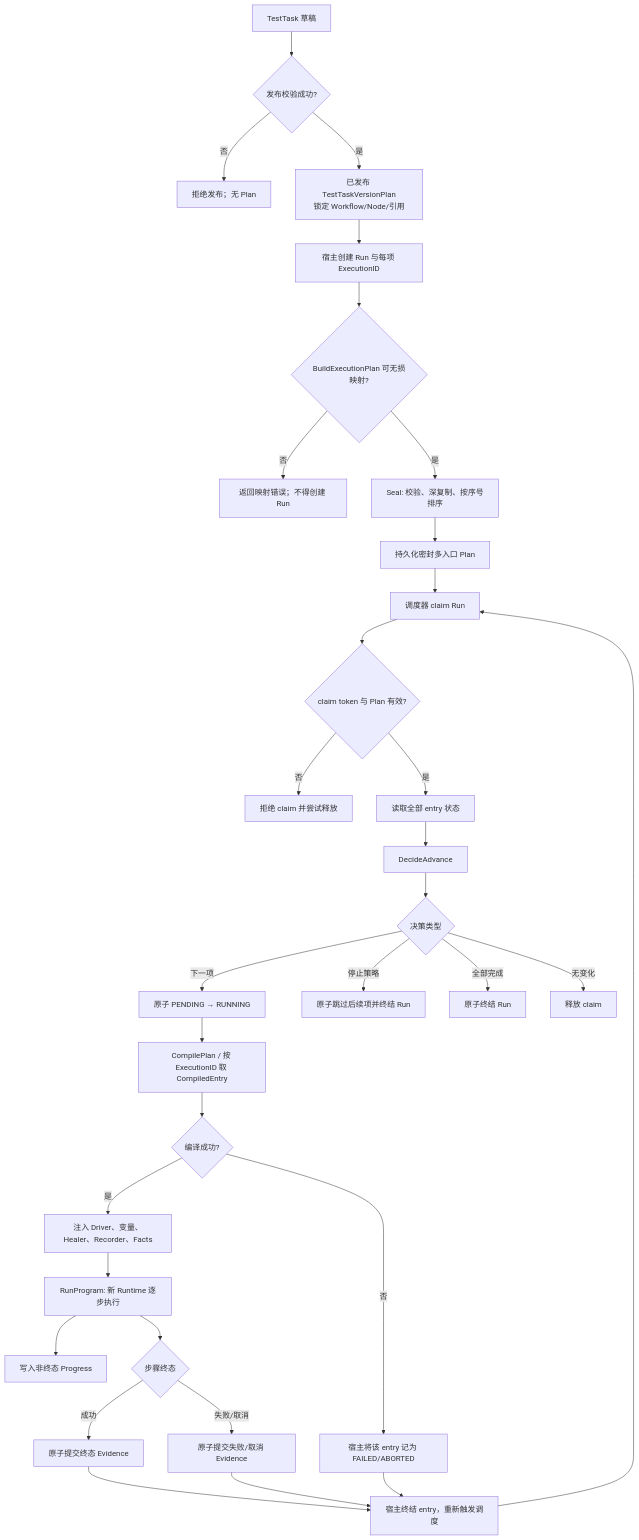
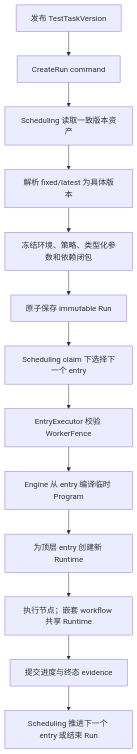
The diagram in docs/architecture/end-to-end-execution.md (Capsule7446/healix-core), drawn with Mermaid before and after one commit. The commit also changed other lines of this file and 180 other files, not shown here.

````diff
--- a/docs/architecture/end-to-end-execution.md
+++ b/docs/architecture/end-to-end-execution.md
@@ -7,34 +5,15 @@
 ```mermaid
 flowchart TD
-  A[TestTask 草稿] --> B{发布校验成功?}
-  B -- 否 --> B1[拒绝发布；无 Plan]
-  B -- 是 --> C[已发布 TestTaskVersionPlan\n锁定 Workflow/Node/引用]
-  C --> D[宿主创建 Run 与每项 ExecutionID]
-  D --> E{BuildExecutionPlan 可无损映射?}
-  E -- 否 --> E1[返回映射错误；不得创建 Run]
-  E -- 是 --> F[Seal: 校验、深复制、按序号排序]
-  F --> G[持久化密封多入口 Plan]
-  G --> H[调度器 claim Run]
-  H --> I{claim token 与 Plan 有效?}
-  I -- 否 --> I1[拒绝 claim 并尝试释放]
-  I -- 是 --> J[读取全部 entry 状态]
-  J --> K[DecideAdvance]
-  K --> L{决策类型}
-  L -- 下一项 --> M[原子 PENDING → RUNNING]
-  L -- 停止策略 --> N[原子跳过后续项并终结 Run]
-  L -- 全部完成 --> O[原子终结 Run]
-  L -- 无变化 --> P[释放 claim]
-  M --> Q[CompilePlan / 按 ExecutionID 取 CompiledEntry]
-  Q --> R{编译成功?}
-  R -- 否 --> S[宿主将该 entry 记为 FAILED/ABORTED]
-  R -- 是 --> T[注入 Driver、变量、Healer、Recorder、Facts]
-  T --> U[RunProgram: 新 Runtime 逐步执行]
-  U --> V[写入非终态 Progress]
-  U --> W{步骤终态}
-  W -- 成功 --> X[原子提交终态 Evidence]
-  W -- 失败/取消 --> Y[原子提交失败/取消 Evidence]
-  X --> Z[宿主终结 entry，重新触发调度]
-  Y --> Z
-  S --> Z
-  Z --> H
+  A[发布 TestTaskVersion] --> B[CreateRun command]
+  B --> C[Scheduling 读取一致版本资产]
+  C --> D[解析 fixed/latest 为具体版本]
+  D --> E[冻结环境、策略、类型化参数和依赖闭包]
+  E --> F[原子保存 immutable Run]
+  F --> G[Scheduling claim 下选择下一个 entry]
+  G --> H[EntryExecutor 校验 WorkerFence]
+  H --> I[Engine 从 entry 编译临时 Program]
+  I --> J[为顶层 entry 创建新 Runtime]
+  J --> K[执行节点；嵌套 workflow 共享 Runtime]
+  K --> L[提交进度与终态 evidence]
+  L --> M[Scheduling 推进下一个 entry 或结束 Run]
 ```
````
